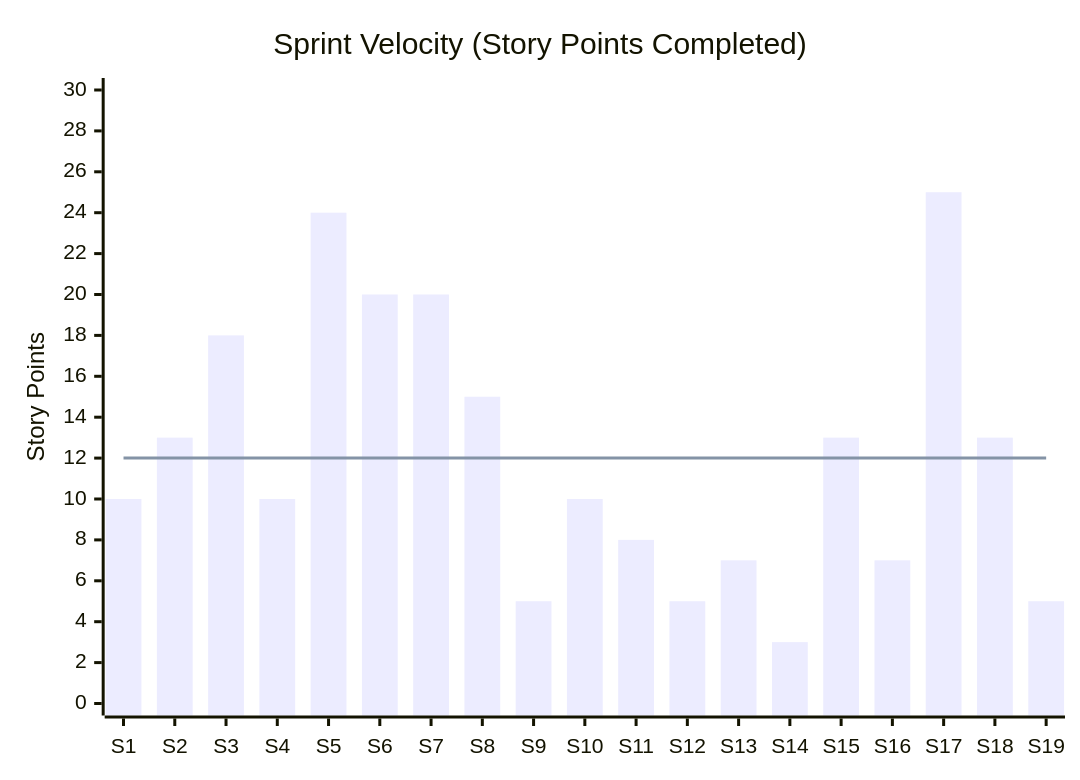
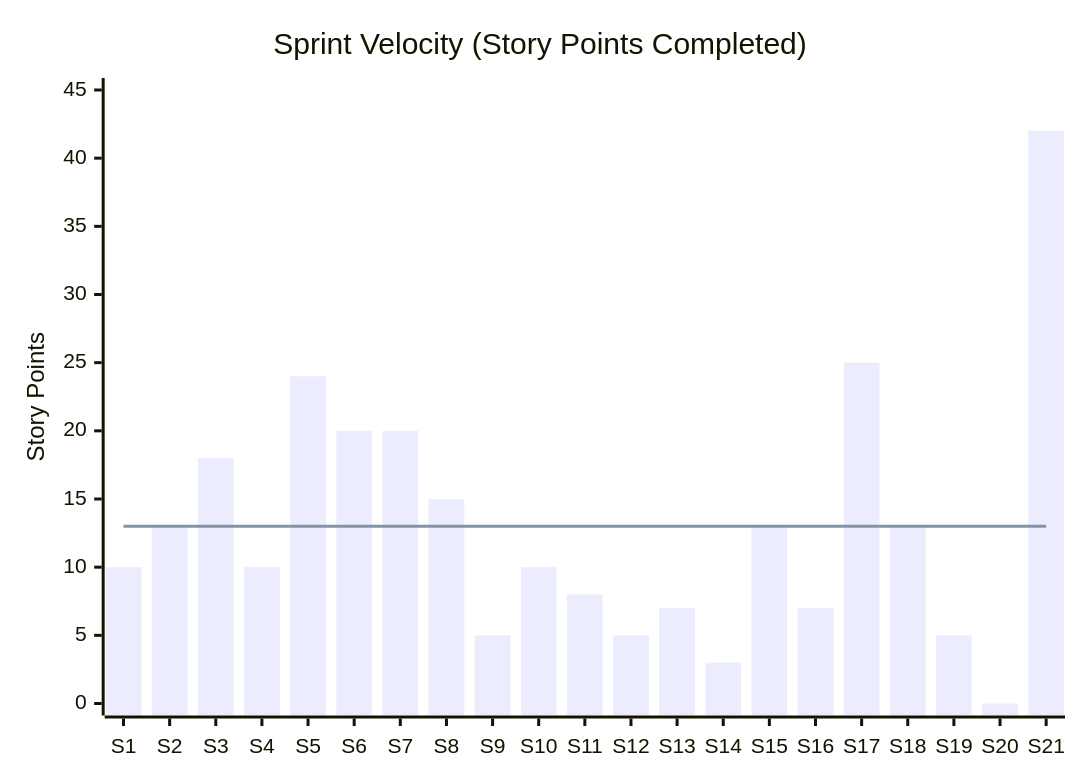
One commit to BenoitGoethals/WarriorFit changed the second of 5 diagrams in documentation/sprint_analysis.md. Above: the diagram before and after it, drawn with Mermaid. The commit also changed other lines of this file, not shown here.

````diff
--- a/documentation/sprint_analysis.md
+++ b/documentation/sprint_analysis.md
@@ -103,8 +107,8 @@
 ```mermaid
 xychart-beta
     title "Sprint Velocity (Story Points Completed)"
-    x-axis ["S1", "S2", "S3", "S4", "S5", "S6", "S7", "S8", "S9", "S10", "S11", "S12", "S13", "S14", "S15", "S16", "S17", "S18", "S19"]
-    y-axis "Story Points" 0 --> 30
-    bar  [10, 13, 18, 10, 24, 20, 20, 15, 5, 10, 8, 5, 7, 3, 13, 7, 25, 13, 5]
-    line [12, 12, 12, 12, 12, 12, 12, 12, 12, 12, 12, 12, 12, 12, 12, 12, 12, 12, 12]
+    x-axis ["S1", "S2", "S3", "S4", "S5", "S6", "S7", "S8", "S9", "S10", "S11", "S12", "S13", "S14", "S15", "S16", "S17", "S18", "S19", "S20", "S21"]
+    y-axis "Story Points" 0 --> 45
+    bar  [10, 13, 18, 10, 24, 20, 20, 15, 5, 10, 8, 5, 7, 3, 13, 7, 25, 13, 5, 0, 42]
+    line [13, 13, 13, 13, 13, 13, 13, 13, 13, 13, 13, 13, 13, 13, 13, 13, 13, 13, 13, 13, 13]
 ```
````
